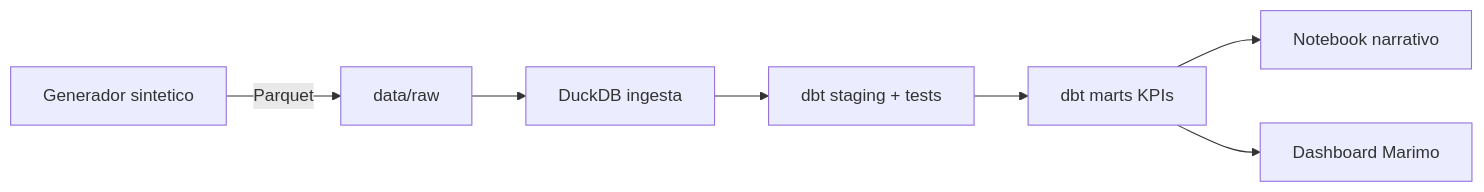
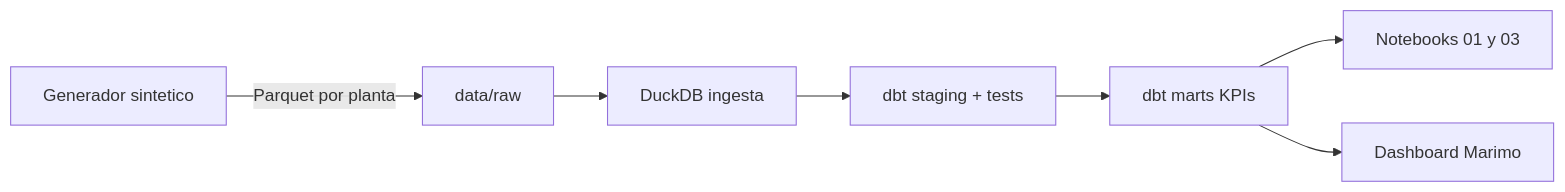
Before and after one commit to juancarlospradologistica-hub/returnable-packaging-intelligence: the first of 3 diagrams in README.md, drawn with Mermaid. The commit also changed other lines of this file and 2 other files, not shown here.

Commit message:
README con cifras de la base corregida y diagrama 621/622/702

````diff
--- a/README.md
+++ b/README.md
@@ -34,9 +32,9 @@
 ```mermaid
 flowchart LR
-    A[Generador sintetico] -->|Parquet| B[data/raw]
+    A[Generador sintetico] -->|Parquet por planta| B[data/raw]
     B --> C[DuckDB ingesta]
     C --> D[dbt staging + tests]
     D --> E[dbt marts KPIs]
-    E --> F[Notebook narrativo]
+    E --> F[Notebooks 01 y 03]
     E --> G[Dashboard Marimo]
 ```
````
